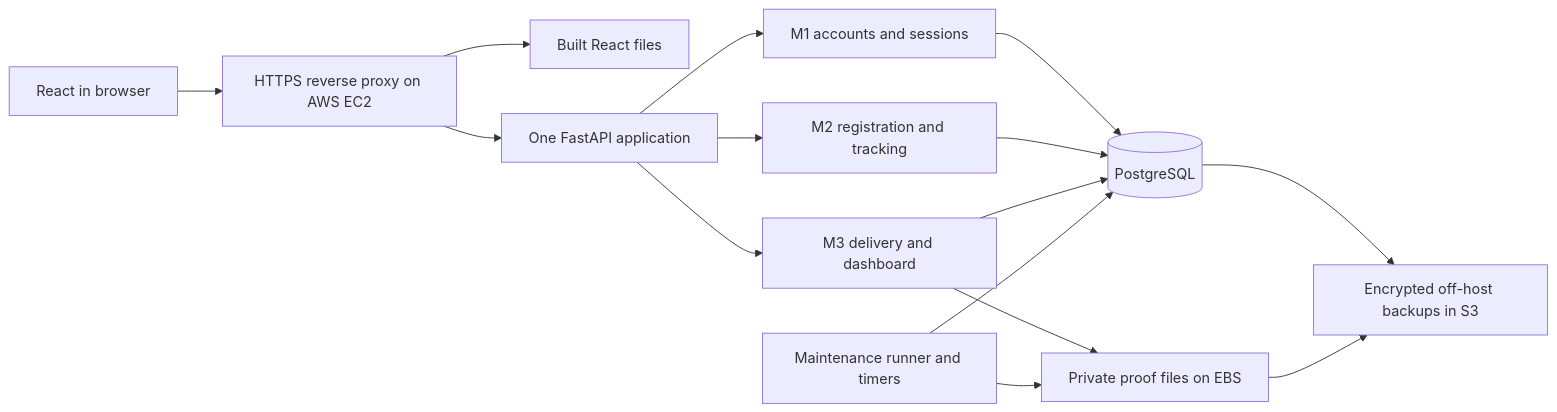
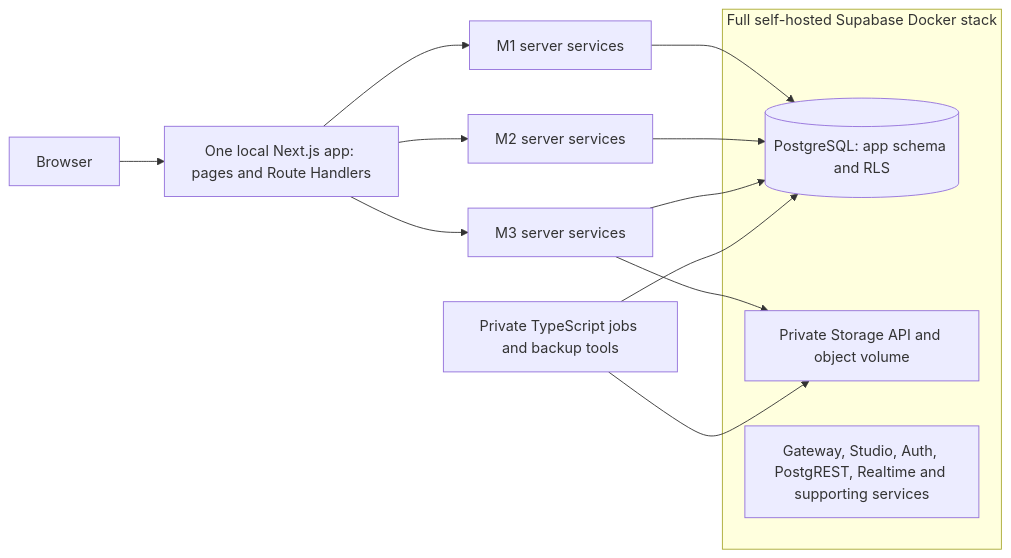
The diagram in docs/shared/README.md (Naszrul-NZL/ParcelTrack-Lite), drawn with Mermaid before and after one commit. The commit also changed other lines of this file and 218 other files, not shown here.

Commit message:
feat: add local Next.js and Supabase Phase 1 foundation

````diff
--- a/docs/shared/README.md
+++ b/docs/shared/README.md
@@ -27,17 +27,18 @@
 ```mermaid
 flowchart LR
-    Browser[React in browser] --> Proxy[HTTPS reverse proxy on AWS EC2]
-    Proxy --> Assets[Built React files]
-    Proxy --> API[One FastAPI application]
-    API --> Auth[M1 accounts and sessions]
-    API --> Parcels[M2 registration and tracking]
-    API --> Delivery[M3 delivery and dashboard]
-    Auth --> PG[(PostgreSQL)]
+    Browser[Browser] --> Next[One local Next.js app: pages and Route Handlers]
+    Next --> Auth[M1 server services]
+    Next --> Parcels[M2 server services]
+    Next --> Delivery[M3 server services]
+    subgraph LocalSupabase[Full self-hosted Supabase Docker stack]
+      PG[(PostgreSQL: app schema and RLS)]
+      Storage[Private Storage API and object volume]
+      Vendor[Gateway, Studio, Auth, PostgREST, Realtime and supporting services]
+    end
+    Auth --> PG
     Parcels --> PG
     Delivery --> PG
-    Delivery --> Proof[Private proof files on EBS]
-    Runner[Maintenance runner and timers] --> PG
-    Runner --> Proof
-    PG --> Backup[Encrypted off-host backups in S3]
-    Proof --> Backup
+    Delivery --> Storage
+    Runner[Private TypeScript jobs and backup tools] --> PG
+    Runner --> Storage
 ```
````
